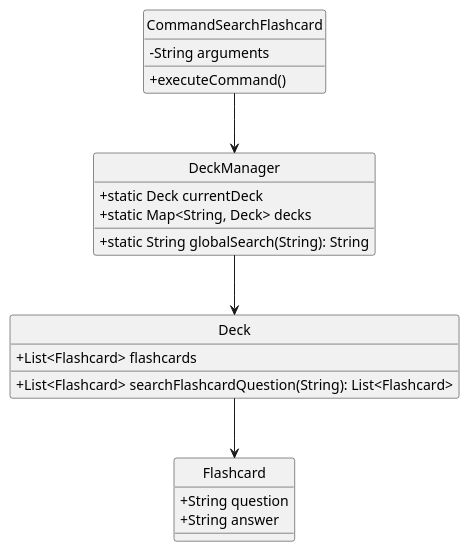
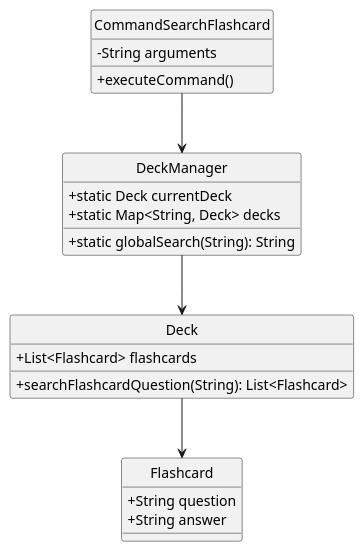
Before and after one commit to felfelyuen/tp: the diagram in docs/diagrams/SearchClassDiagram.puml, drawn with PlantUML. The commit also changed 2 other files, not shown here.

Commit message:
edited diagrams

```diff
--- a/docs/diagrams/SearchClassDiagram.puml
+++ b/docs/diagrams/SearchClassDiagram.puml
@@ -1,28 +1,28 @@
 @startuml
 hide circle
 skinparam classAttributeIconSize 0
 class CommandSearchFlashcard {
   - String arguments
   + executeCommand()
 }
 
 class DeckManager {
   + static Deck currentDeck
   + static Map<String, Deck> decks
-  + static String globalSearch(String): String
+  + static globalSearch(String): String
 }
 
 class Deck {
   + List<Flashcard> flashcards
-  + List<Flashcard> searchFlashcardQuestion(String): List<Flashcard>
+  + searchFlashcardQuestion(String): List<Flashcard>
 }
 
 class Flashcard {
   + String question
   + String answer
 }
 
 CommandSearchFlashcard --> DeckManager
 DeckManager --> Deck
 Deck --> Flashcard
 @enduml
```
